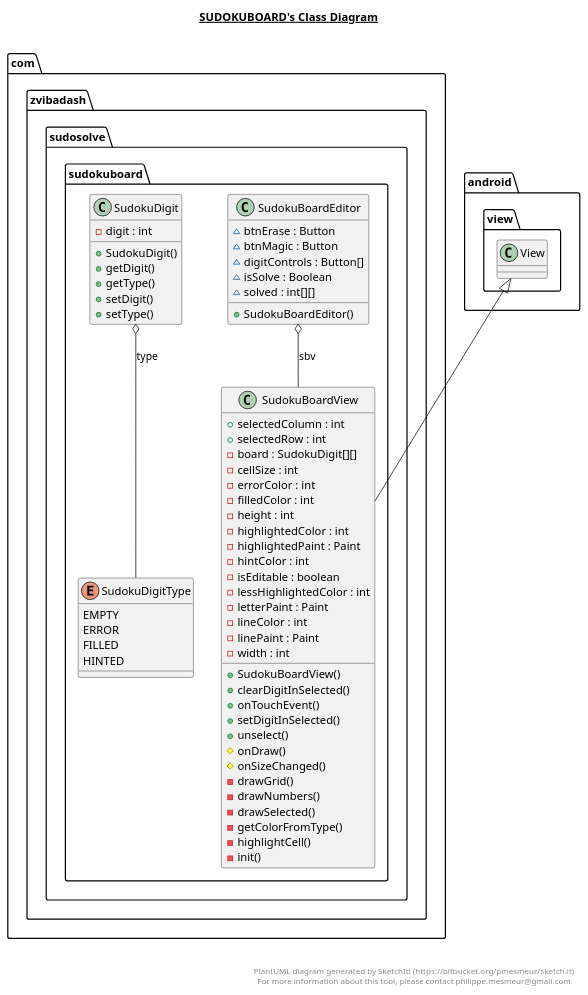
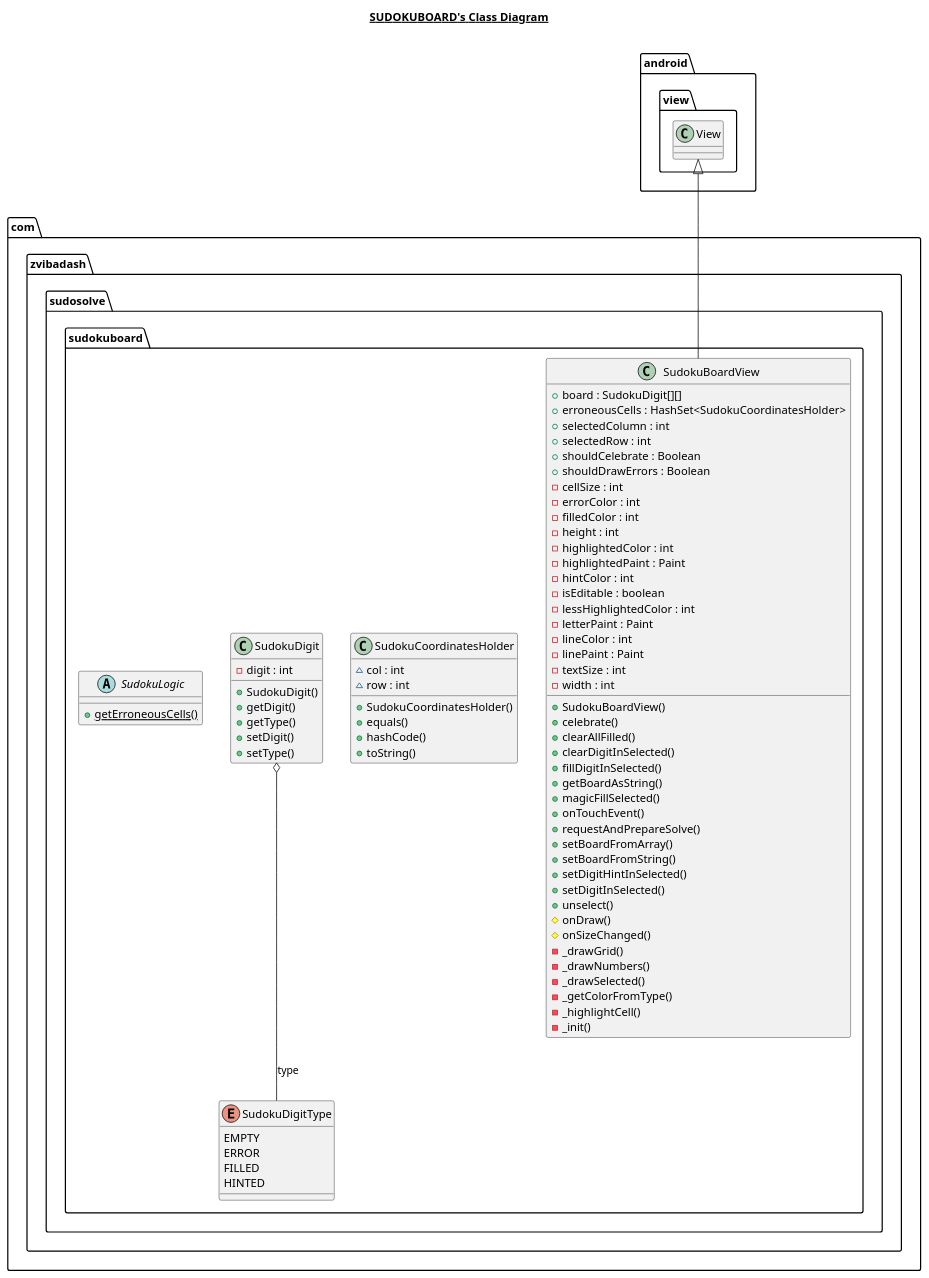
One commit to Zvi-Badash/Sudo-Solve changed the diagram in app/src/main/java/com/zvibadash/sudosolve/sudokuboard/sudokuboard.plantuml. Above: the diagram before and after it, drawn with PlantUML. The commit also changed 26 other files, not shown here.

```diff
--- a/app/src/main/java/com/zvibadash/sudosolve/sudokuboard/sudokuboard.plantuml
+++ b/app/src/main/java/com/zvibadash/sudosolve/sudokuboard/sudokuboard.plantuml
@@ -1,94 +1,107 @@
 @startuml
 
 title __SUDOKUBOARD's Class Diagram__\n
 
   namespace com.zvibadash.sudosolve {
     namespace sudokuboard {
-      class com.zvibadash.sudosolve.sudokuboard.SudokuBoardEditor {
-          ~ btnErase : Button
-          ~ btnMagic : Button
-          ~ digitControls : Button[]
-          ~ isSolve : Boolean
-          ~ solved : int[][]
-          + SudokuBoardEditor()
-      }
-    }
-  }
-  
-
-  namespace com.zvibadash.sudosolve {
-    namespace sudokuboard {
       class com.zvibadash.sudosolve.sudokuboard.SudokuBoardView {
+          + board : SudokuDigit[][]
+          + erroneousCells : HashSet<SudokuCoordinatesHolder>
           + selectedColumn : int
           + selectedRow : int
-          - board : SudokuDigit[][]
+          + shouldCelebrate : Boolean
+          + shouldDrawErrors : Boolean
           - cellSize : int
           - errorColor : int
           - filledColor : int
           - height : int
           - highlightedColor : int
           - highlightedPaint : Paint
           - hintColor : int
           - isEditable : boolean
           - lessHighlightedColor : int
           - letterPaint : Paint
           - lineColor : int
           - linePaint : Paint
+          - textSize : int
           - width : int
           + SudokuBoardView()
+          + celebrate()
+          + clearAllFilled()
           + clearDigitInSelected()
+          + fillDigitInSelected()
+          + getBoardAsString()
+          + magicFillSelected()
           + onTouchEvent()
+          + requestAndPrepareSolve()
+          + setBoardFromArray()
+          + setBoardFromString()
+          + setDigitHintInSelected()
           + setDigitInSelected()
           + unselect()
           # onDraw()
           # onSizeChanged()
-          - drawGrid()
-          - drawNumbers()
-          - drawSelected()
-          - getColorFromType()
-          - highlightCell()
-          - init()
+          - _drawGrid()
+          - _drawNumbers()
+          - _drawSelected()
+          - _getColorFromType()
+          - _highlightCell()
+          - _init()
+      }
+    }
+  }
+  
+
+  namespace com.zvibadash.sudosolve {
+    namespace sudokuboard {
+      class com.zvibadash.sudosolve.sudokuboard.SudokuCoordinatesHolder {
+          ~ col : int
+          ~ row : int
+          + SudokuCoordinatesHolder()
+          + equals()
+          + hashCode()
+          + toString()
       }
     }
   }
   
 
   namespace com.zvibadash.sudosolve {
     namespace sudokuboard {
       class com.zvibadash.sudosolve.sudokuboard.SudokuDigit {
           - digit : int
           + SudokuDigit()
           + getDigit()
           + getType()
           + setDigit()
           + setType()
       }
     }
   }
   
 
   namespace com.zvibadash.sudosolve {
     namespace sudokuboard {
       enum SudokuDigitType {
         EMPTY
         ERROR
         FILLED
         HINTED
       }
     }
   }
   
 
-  com.zvibadash.sudosolve.sudokuboard.SudokuBoardEditor o-- com.zvibadash.sudosolve.sudokuboard.SudokuBoardView : sbv
+  namespace com.zvibadash.sudosolve {
+    namespace sudokuboard {
+      abstract class com.zvibadash.sudosolve.sudokuboard.SudokuLogic {
+          {static} + getErroneousCells()
+      }
+    }
+  }
+  
+
   com.zvibadash.sudosolve.sudokuboard.SudokuBoardView -up-|> android.view.View
   com.zvibadash.sudosolve.sudokuboard.SudokuDigit o-- com.zvibadash.sudosolve.sudokuboard.SudokuDigitType : type
 
-
-right footer
-
-
-PlantUML diagram generated by SketchIt! (https://bitbucket.org/pmesmeur/sketch.it)
-For more information about this tool, please contact philippe.mesmeur@gmail.com
-endfooter
-
 @enduml
```
